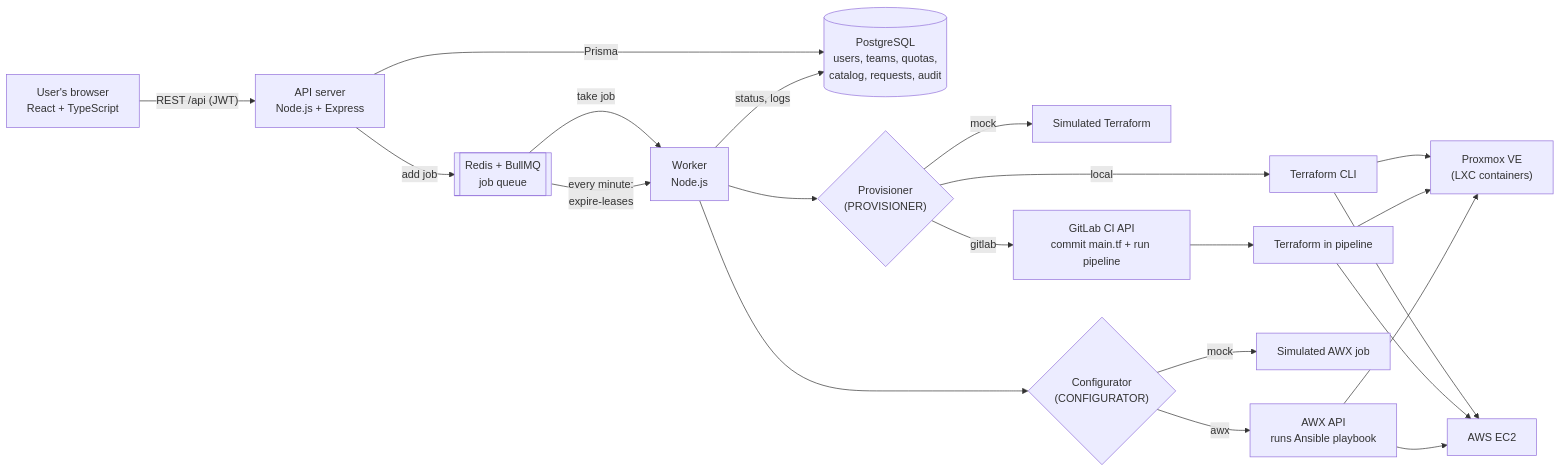
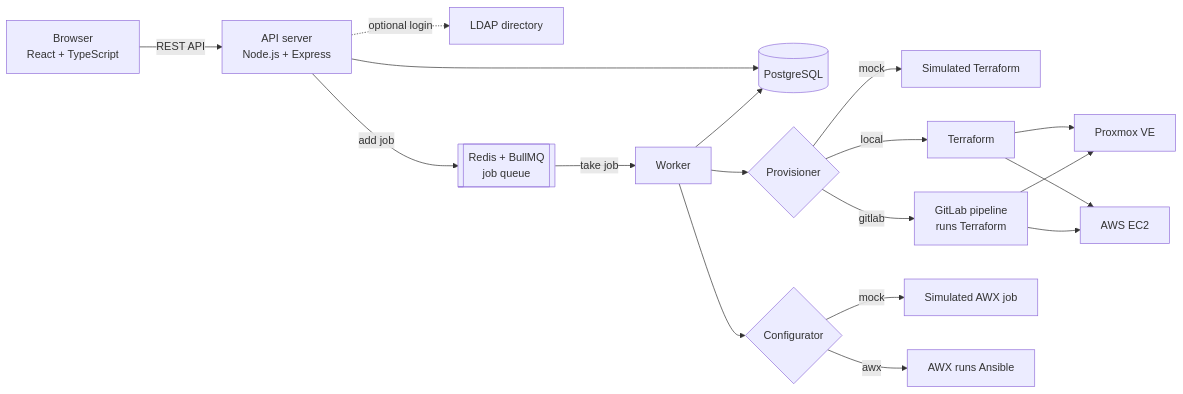
Before and after one commit to Muthujar/infra-portal: the first of 2 diagrams in docs/architecture.md, drawn with Mermaid. The commit also changed other lines of this file and 16 other files, not shown here.

````diff
--- a/docs/architecture.md
+++ b/docs/architecture.md
@@ -8,25 +5,22 @@
 ```mermaid
 flowchart LR
-    U["User's browser<br/>React + TypeScript"] -->|"REST /api (JWT)"| API["API server<br/>Node.js + Express"]
-    API -->|Prisma| DB[("PostgreSQL<br/>users, teams, quotas,<br/>catalog, requests, audit")]
+    U["Browser<br/>React + TypeScript"] -->|"REST API"| API["API server<br/>Node.js + Express"]
+    API --> DB[("PostgreSQL")]
+    API -.->|"optional login"| LD["LDAP directory"]
     API -->|"add job"| Q[["Redis + BullMQ<br/>job queue"]]
-    Q -->|"take job"| W["Worker<br/>Node.js"]
-    W -->|"status, logs"| DB
-    Q -->|"every minute:<br/>expire-leases"| W
+    Q -->|"take job"| W["Worker"]
+    W --> DB
 
-    W --> P{"Provisioner<br/>(PROVISIONER)"}
+    W --> P{"Provisioner"}
     P -->|mock| PM["Simulated Terraform"]
-    P -->|local| TF["Terraform CLI"]
-    P -->|gitlab| GL["GitLab CI API<br/>commit main.tf + run pipeline"]
-    GL --> TF2["Terraform in pipeline"]
-    TF --> PVE["Proxmox VE<br/>(LXC containers)"]
+    P -->|local| TF["Terraform"]
+    P -->|gitlab| GL["GitLab pipeline<br/>runs Terraform"]
+    TF --> PVE["Proxmox VE"]
     TF --> AWS["AWS EC2"]
-    TF2 --> PVE
-    TF2 --> AWS
+    GL --> PVE
+    GL --> AWS
 
-    W --> C{"Configurator<br/>(CONFIGURATOR)"}
+    W --> C{"Configurator"}
     C -->|mock| CM["Simulated AWX job"]
-    C -->|awx| AWX["AWX API<br/>runs Ansible playbook"]
-    AWX --> PVE
-    AWX --> AWS
+    C -->|awx| AWX["AWX runs Ansible"]
 ```
````
